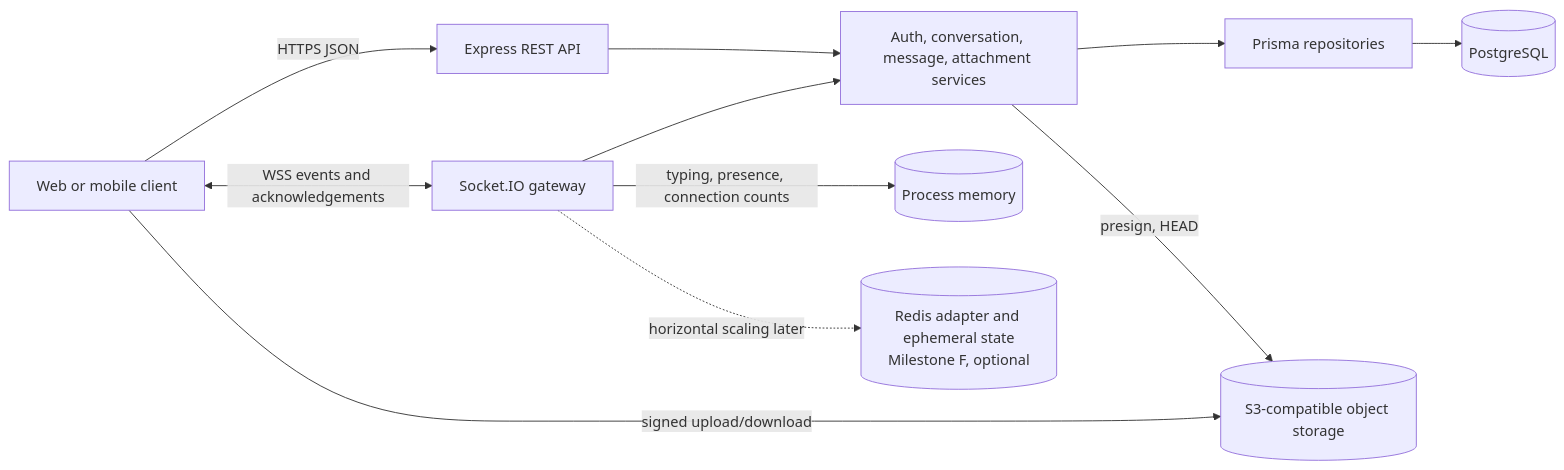
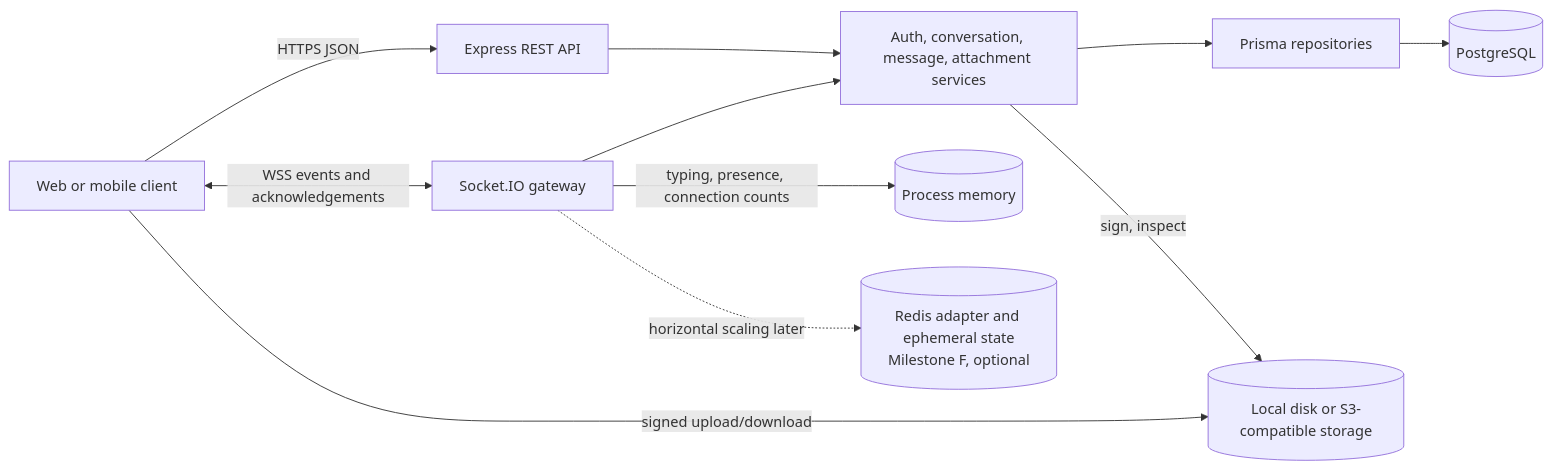
The diagram in docs/architecture.md (codephoenix86/convo), drawn with Mermaid before and after one commit. The commit also changed other lines of this file and 14 other files, not shown here.

Commit message:
feat: support configurable local and s3 storage

````diff
--- a/docs/architecture.md
+++ b/docs/architecture.md
@@ -5,23 +5,23 @@
 ```mermaid
 flowchart LR
   Client[Web or mobile client]
   HTTP[Express REST API]
   Socket[Socket.IO gateway]
   Services[Auth, conversation, message, attachment services]
   Repositories[Prisma repositories]
   PostgreSQL[(PostgreSQL)]
   Memory[(Process memory)]
-  Storage[(S3-compatible object storage)]
+  Storage[(Local disk or S3-compatible storage)]
   Redis[(Redis adapter and ephemeral state\nMilestone F, optional)]
 
   Client -->|HTTPS JSON| HTTP
   Client <-->|WSS events and acknowledgements| Socket
   HTTP --> Services
   Socket --> Services
   Services --> Repositories
   Repositories --> PostgreSQL
-  Services -->|presign, HEAD| Storage
+  Services -->|sign, inspect| Storage
   Client -->|signed upload/download| Storage
   Socket -->|typing, presence, connection counts| Memory
   Socket -.->|horizontal scaling later| Redis
 ```
````
